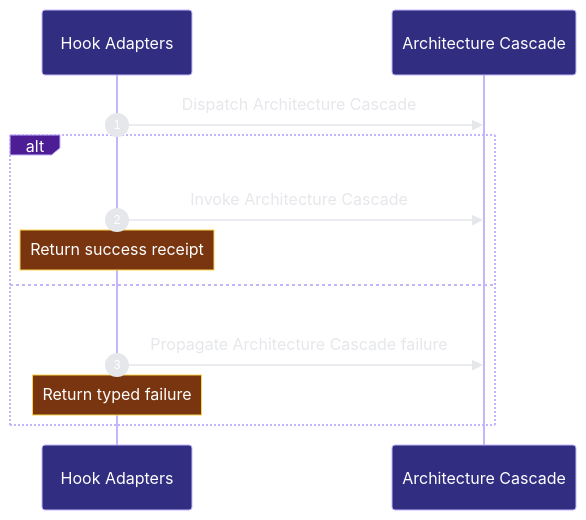
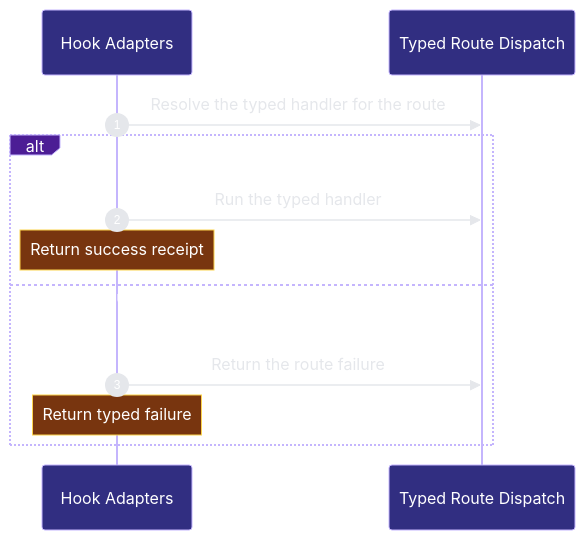
The second of 2 diagrams in docs/architecture/modules/runtime-harness/hook-adapters.md (Ancienttwo/repo-harness), drawn with Mermaid before and after one commit. The commit also changed other lines of this file and 235 other files, not shown here.

````diff
--- a/docs/architecture/modules/runtime-harness/hook-adapters.md
+++ b/docs/architecture/modules/runtime-harness/hook-adapters.md
@@ -55,15 +55,15 @@
 ```mermaid
 %%{init: {"theme":"base","themeVariables":{"background":"#0d1117","actorBkg":"#312e81","actorBorder":"#c4b5fd","actorTextColor":"#ffffff","signalColor":"#e5e7eb","signalTextColor":"#e5e7eb","labelBoxBkgColor":"#4c1d95","labelBoxBorderColor":"#c4b5fd","labelTextColor":"#ffffff","noteBkgColor":"#78350f","noteBorderColor":"#fcd34d","noteTextColor":"#ffffff","sequenceNumberColor":"#ffffff"}}}%%
 sequenceDiagram
   autonumber
   participant p2_capability_4262990f as Hook Adapters
-  participant p2_component_7b8d80ff as Architecture Cascade
-  p2_capability_4262990f->>p2_component_7b8d80ff: Dispatch Architecture Cascade
-  alt Drain Stop architecture work completes
-  p2_capability_4262990f->>p2_component_7b8d80ff: Invoke Architecture Cascade
+  participant p2_component_7b8d80ff as Typed Route Dispatch
+  p2_capability_4262990f->>p2_component_7b8d80ff: Resolve the typed handler for the route
+  alt The typed handler completes
+  p2_capability_4262990f->>p2_component_7b8d80ff: Run the typed handler
     Note over p2_capability_4262990f: Return success receipt
-  else Drain Stop architecture work is rejected or fails
-  p2_capability_4262990f->>p2_component_7b8d80ff: Propagate Architecture Cascade failure
+  else An unknown route or unbound handler fails closed
+  p2_capability_4262990f->>p2_component_7b8d80ff: Return the route failure
     Note over p2_capability_4262990f: Return typed failure
   end
 ```
````
